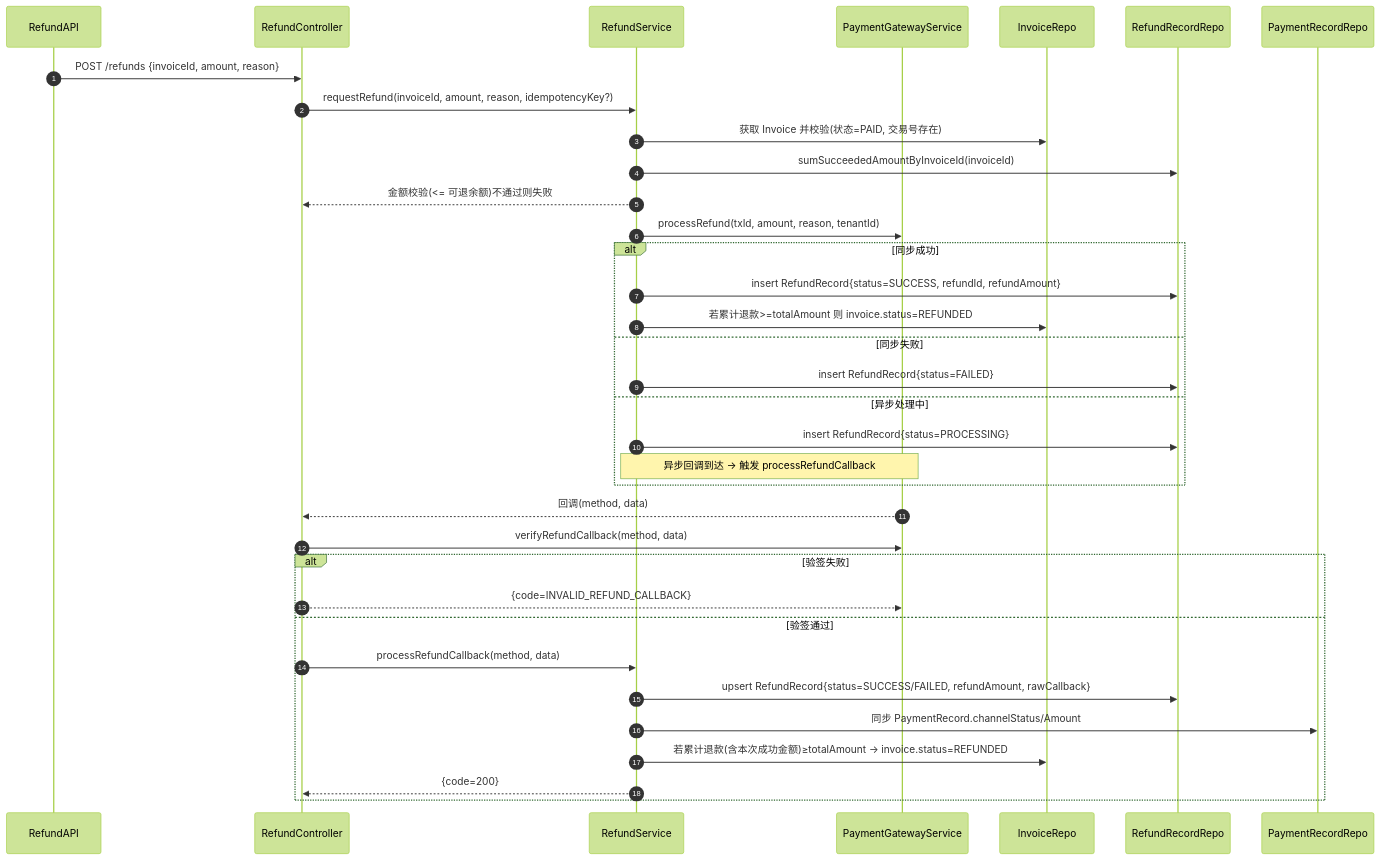
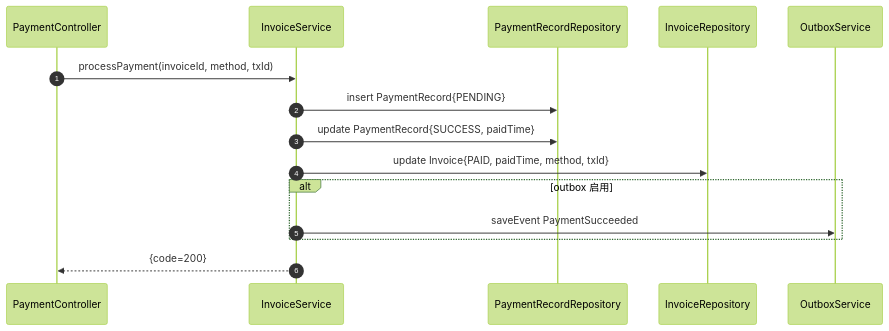
One commit to rosestack/rose-playground changed the seventh of 11 diagrams in rose-backend/rose-service/rose-billing-service/docs/billing-domain-model.md. Above: the diagram before and after it, drawn with Mermaid (forest theme). The commit also changed other lines of this file and 33 other files, not shown here.

Commit message:
refactor: 重构计费核心实体与状态管理，完善发票币种、价格快照及支付记录细节字段，标准化支付/退款状态流转(PENDING/SUCCESS/FAILED)，增强支付回调幂等处理与金额核对机制，优化订阅、用量、退款关联关系及财务模型可观测性

````diff
--- a/rose-backend/rose-service/rose-billing-service/docs/billing-domain-model.md
+++ b/rose-backend/rose-service/rose-billing-service/docs/billing-domain-model.md
@@ -216,40 +192,18 @@
 ```mermaid
 sequenceDiagram
   autonumber
-  participant API as RefundAPI
-  participant RC as RefundController
-  participant RS as RefundService
-  participant GW as PaymentGatewayService
-  participant IR as InvoiceRepo
-  participant RR as RefundRecordRepo
-  participant PR as PaymentRecordRepo
+  participant PC as PaymentController
+  participant IS as InvoiceService
+  participant PR as PaymentRecordRepository
+  participant IR as InvoiceRepository
+  participant OB as OutboxService
 
-  API->>RC: POST /refunds {invoiceId, amount, reason}
-  RC->>RS: requestRefund(invoiceId, amount, reason, idempotencyKey?)
-  RS->>IR: 获取 Invoice 并校验(状态=PAID, 交易号存在)
-  RS->>RR: sumSucceededAmountByInvoiceId(invoiceId)
-  RS-->>RC: 金额校验(<= 可退余额)不通过则失败
-  RS->>GW: processRefund(txId, amount, reason, tenantId)
-  alt 同步成功
-    RS->>RR: insert RefundRecord{status=SUCCESS, refundId, refundAmount}
-    RS->>IR: 若累计退款>=totalAmount 则 invoice.status=REFUNDED
-  else 同步失败
-    RS->>RR: insert RefundRecord{status=FAILED}
-  else 异步处理中
-    RS->>RR: insert RefundRecord{status=PROCESSING}
-    note over RS,GW: 异步回调到达 → 触发 processRefundCallback
+  PC->>IS: processPayment(invoiceId, method, txId)
+  IS->>PR: insert PaymentRecord{PENDING}
+  IS->>PR: update PaymentRecord{SUCCESS, paidTime}
+  IS->>IR: update Invoice{PAID, paidTime, method, txId}
+  alt outbox 启用
+    IS->>OB: saveEvent PaymentSucceeded
   end
-
-  %% 回调路径（部分/全额）
-  GW-->>RC: 回调(method, data)
-  RC->>GW: verifyRefundCallback(method, data)
-  alt 验签失败
-    RC-->>GW: {code=INVALID_REFUND_CALLBACK}
-  else 验签通过
-    RC->>RS: processRefundCallback(method, data)
-    RS->>RR: upsert RefundRecord{status=SUCCESS/FAILED, refundAmount, rawCallback}
-    RS->>PR: 同步 PaymentRecord.channelStatus/Amount
-    RS->>IR: 若累计退款(含本次成功金额)≥totalAmount → invoice.status=REFUNDED
-    RS-->>RC: {code=200}
-  end
+  IS-->>PC: {code=200}
 ```
````
